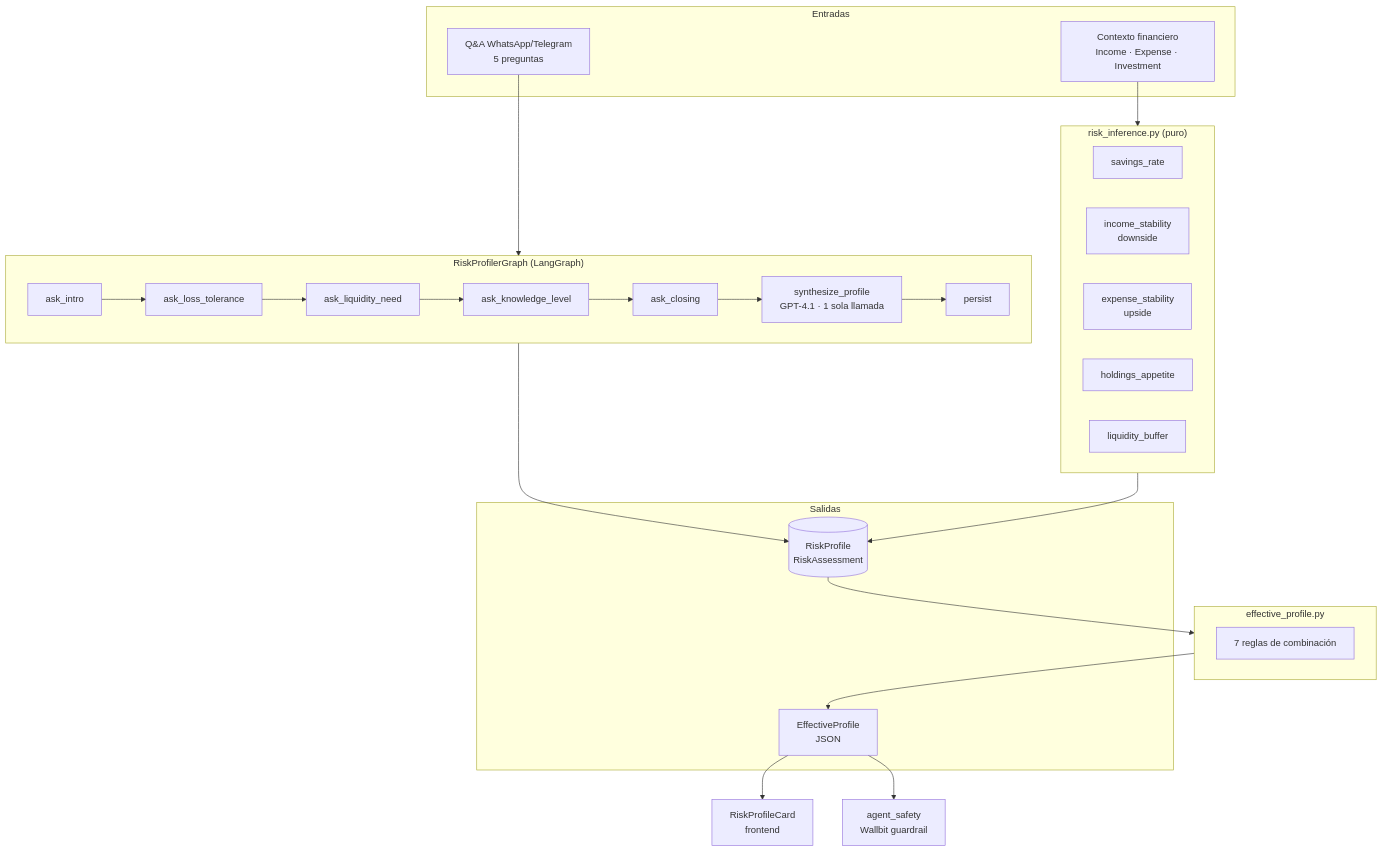
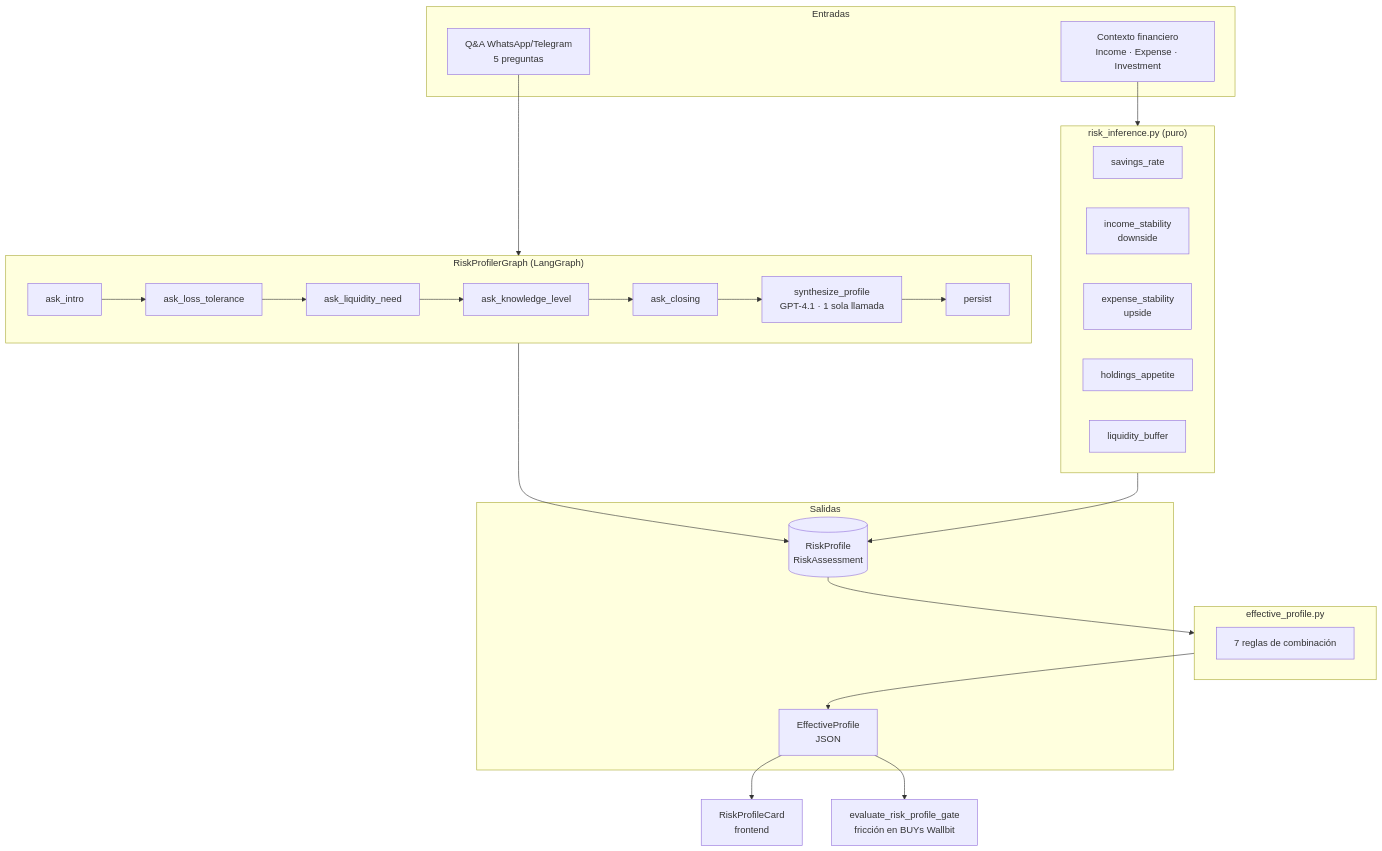
Before and after one commit to Jjat00/tresqu-api: the first of 4 diagrams in docs/AGENTS_RISK_PROFILE.md, drawn with Mermaid. The commit also changed other lines of this file and 2 other files, not shown here.

First line of the commit message:
docs: document risk-profile gate for Wallbit BUYs (sub-fase 1.5)

````diff
--- a/docs/AGENTS_RISK_PROFILE.md
+++ b/docs/AGENTS_RISK_PROFILE.md
@@ -54,42 +57,42 @@
 ```mermaid
 flowchart TB
     subgraph In["Entradas"]
         QA["Q&A WhatsApp/Telegram<br/>5 preguntas"]
         CTX["Contexto financiero<br/>Income · Expense · Investment"]
     end
 
     subgraph Graph["RiskProfilerGraph (LangGraph)"]
         Q1[ask_intro] --> Q2[ask_loss_tolerance]
         Q2 --> Q3[ask_liquidity_need]
         Q3 --> Q4[ask_knowledge_level]
         Q4 --> Q5[ask_closing]
         Q5 --> SYN[synthesize_profile<br/>GPT-4.1 · 1 sola llamada]
         SYN --> PER[persist]
     end
 
     subgraph Inf["risk_inference.py (puro)"]
         SAV[savings_rate]
         IST[income_stability<br/>downside]
         EST[expense_stability<br/>upside]
         HOL[holdings_appetite]
         BUF[liquidity_buffer]
     end
 
     subgraph Combine["effective_profile.py"]
         RULES[7 reglas de combinación]
     end
 
     subgraph Out["Salidas"]
         DB[(RiskProfile<br/>RiskAssessment)]
         EP[EffectiveProfile<br/>JSON]
     end
 
     QA --> Graph
     CTX --> Inf
     Graph --> DB
     Inf --> DB
     DB --> Combine
     Combine --> EP
     EP --> Card[RiskProfileCard<br/>frontend]
-    EP --> Safety[agent_safety<br/>Wallbit guardrail]
+    EP --> Safety[evaluate_risk_profile_gate<br/>fricción en BUYs Wallbit]
 ```
````
